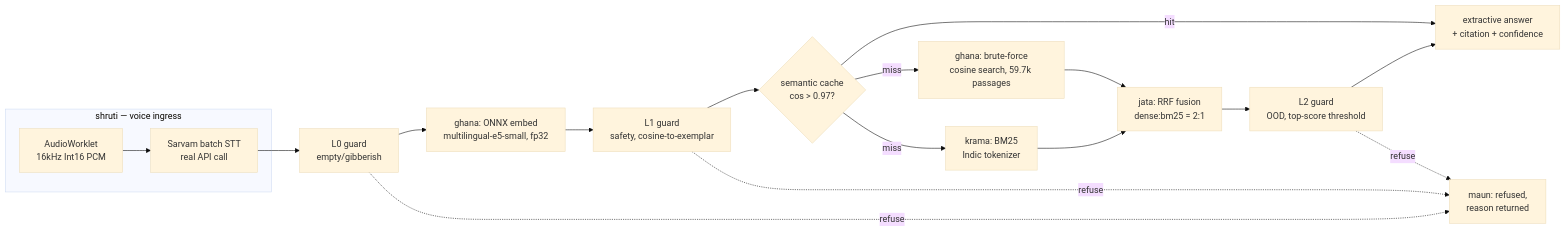
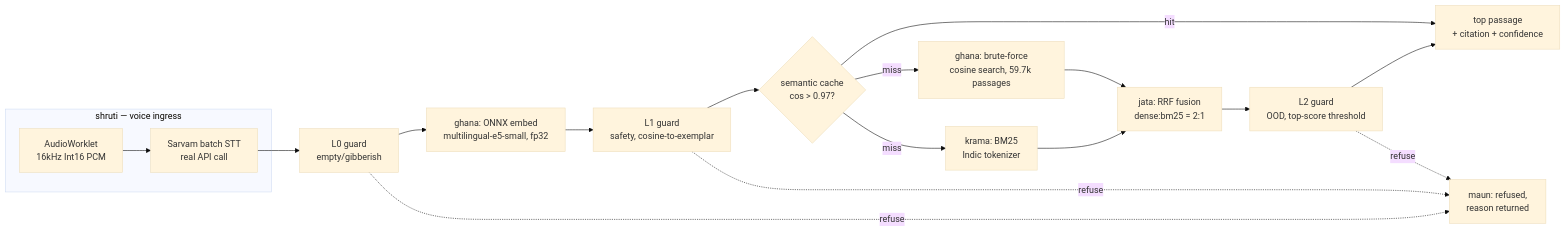
The diagram in README.md (SATISH-JALAN/krama), drawn with Mermaid (base theme) before and after one commit. The commit also changed other lines of this file, not shown here.

````diff
--- a/README.md
+++ b/README.md
@@ -19,22 +19,22 @@
 ```mermaid
 flowchart LR
     subgraph shruti["shruti — voice ingress"]
         MIC[AudioWorklet<br/>16kHz Int16 PCM] --> STT[Sarvam batch STT<br/>real API call]
     end
 
     STT --> L0[L0 guard<br/>empty/gibberish]
     L0 --> EMB[ghana: ONNX embed<br/>multilingual-e5-small, fp32]
     EMB --> L1[L1 guard<br/>safety, cosine-to-exemplar]
     L1 --> CACHE{semantic cache<br/>cos > 0.97?}
     CACHE -- hit --> ANSWER
     CACHE -- miss --> DENSE[ghana: brute-force<br/>cosine search, 59.7k passages]
     CACHE -- miss --> BM25[krama: BM25<br/>Indic tokenizer]
     DENSE --> FUSE[jata: RRF fusion<br/>dense:bm25 = 2:1]
     BM25 --> FUSE
     FUSE --> L2[L2 guard<br/>OOD, top-score threshold]
-    L2 --> ANSWER[extractive answer<br/>+ citation + confidence]
+    L2 --> ANSWER[top passage<br/>+ citation + confidence]
 
     L0 -.refuse.-> REFUSED[maun: refused,<br/>reason returned]
     L1 -.refuse.-> REFUSED
     L2 -.refuse.-> REFUSED
 ```
````
